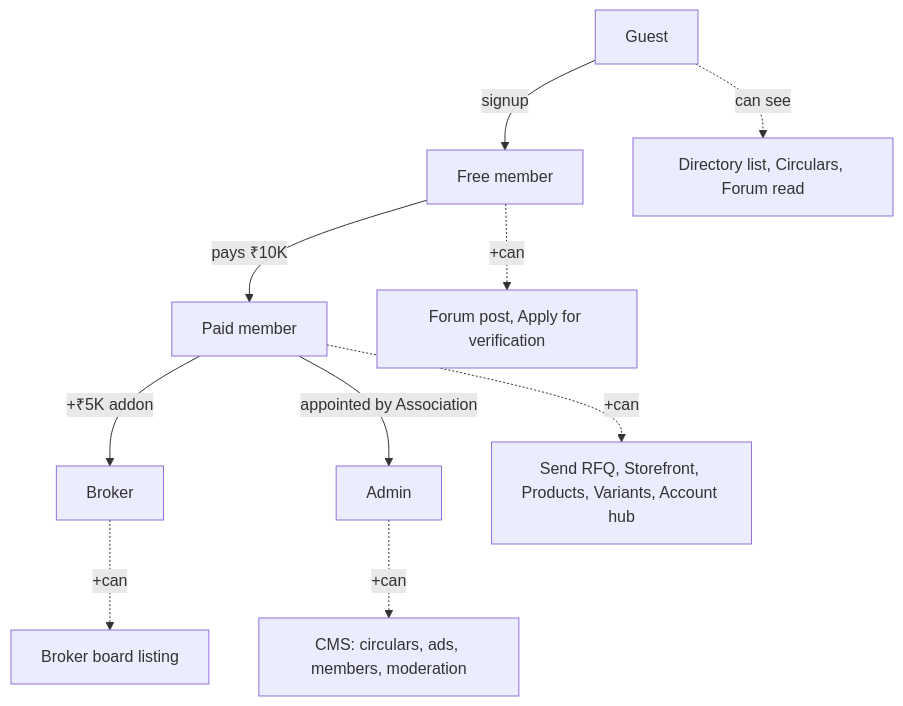
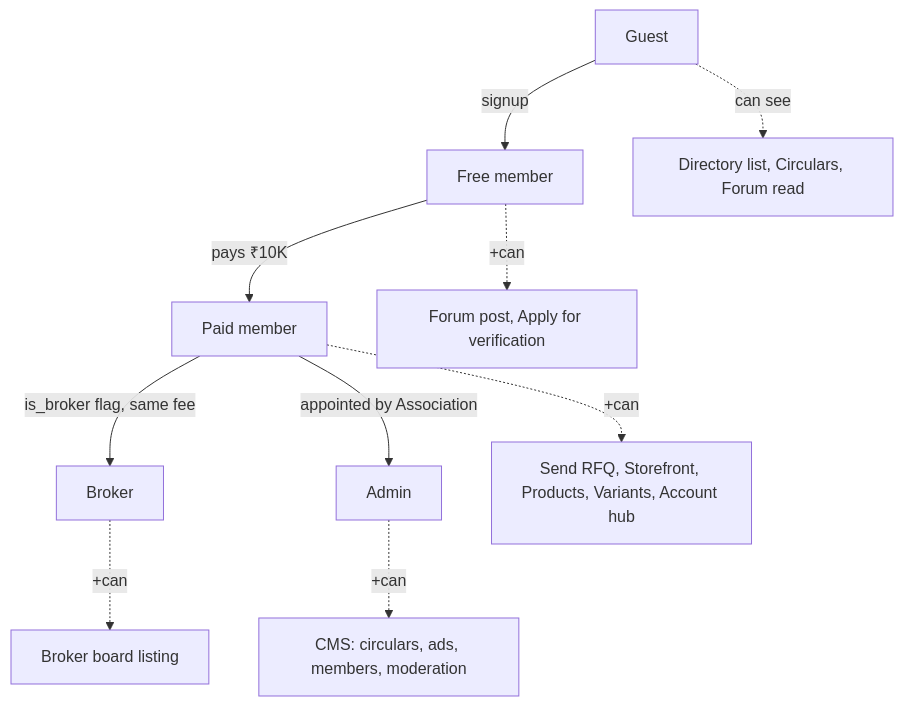
The first of 2 diagrams in src/content/docs/03-product-and-ux.md (arka97/mddma-test), drawn with Mermaid before and after one commit. The commit also changed 7 other files, not shown here.

````diff
--- a/src/content/docs/03-product-and-ux.md
+++ b/src/content/docs/03-product-and-ux.md
@@ -19,13 +19,13 @@
 ```mermaid
 flowchart TD
   G[Guest] -->|signup| F[Free member]
   F -->|pays ₹10K| P[Paid member]
-  P -->|+₹5K addon| B[Broker]
+  P -->|is_broker flag, same fee| B[Broker]
   P -->|appointed by Association| A[Admin]
 
   G -.can see.-> Public[Directory list, Circulars, Forum read]
   F -.+can.-> FreeAdds[Forum post, Apply for verification]
   P -.+can.-> PaidAdds[Send RFQ, Storefront, Products, Variants, Account hub]
   B -.+can.-> BrokerAdds[Broker board listing]
   A -.+can.-> AdminAdds[CMS: circulars, ads, members, moderation]
 ```
````
